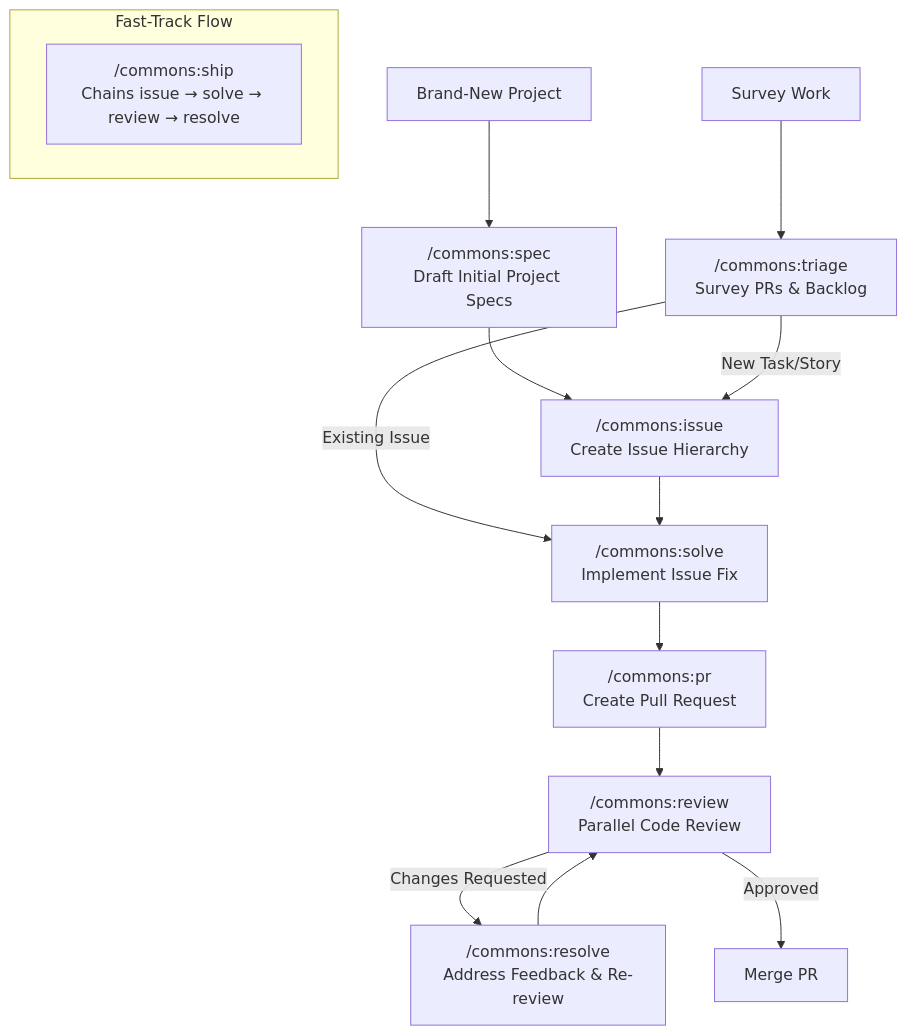
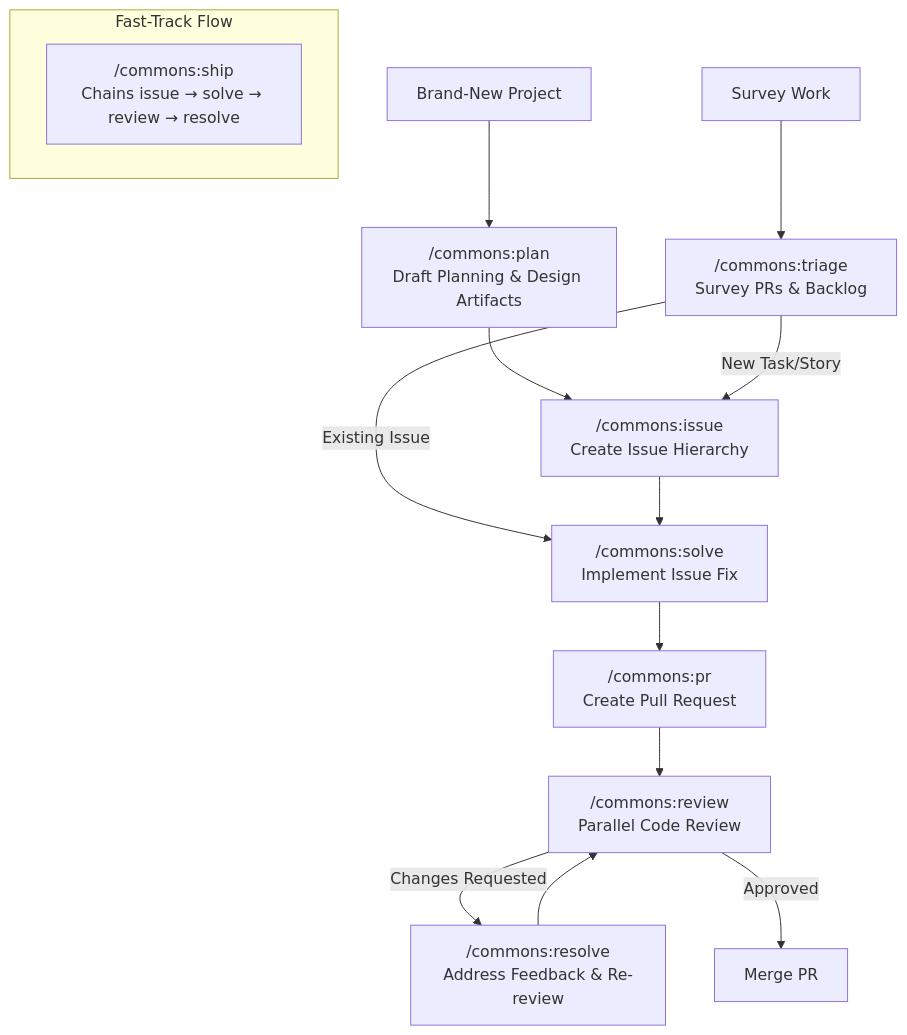
The fourth of 4 diagrams in docs/ARCHITECTURE.md (aimarchirico/commons), drawn with Mermaid before and after one commit. The commit also changed 5 other files, not shown here.

Commit message:
feat(plugin): replace spec skill with plan skill for full planning docs

````diff
--- a/docs/ARCHITECTURE.md
+++ b/docs/ARCHITECTURE.md
@@ -107,22 +107,22 @@
 ```mermaid
 graph TD
-    start_proj["Brand-New Project"] --> spec["/commons:spec<br/>Draft Initial Project Specs"]
-    spec --> issue["/commons:issue<br/>Create Issue Hierarchy"]
+    start_proj["Brand-New Project"] --> plan["/commons:plan<br/>Draft Planning & Design Artifacts"]
+    plan --> issue["/commons:issue<br/>Create Issue Hierarchy"]
 
     survey["Survey Work"] --> triage["/commons:triage<br/>Survey PRs & Backlog"]
     triage -->|New Task/Story| issue
     triage -->|Existing Issue| solve["/commons:solve<br/>Implement Issue Fix"]
     issue --> solve
 
     solve --> pr["/commons:pr<br/>Create Pull Request"]
     pr --> review["/commons:review<br/>Parallel Code Review"]
 
     review -->|Changes Requested| resolve["/commons:resolve<br/>Address Feedback & Re-review"]
     resolve --> review
 
     review -->|Approved| merge["Merge PR"]
 
     subgraph FastTrack["Fast-Track Flow"]
         ship["/commons:ship<br/>Chains issue → solve → review → resolve"]
     end
 ```
````
